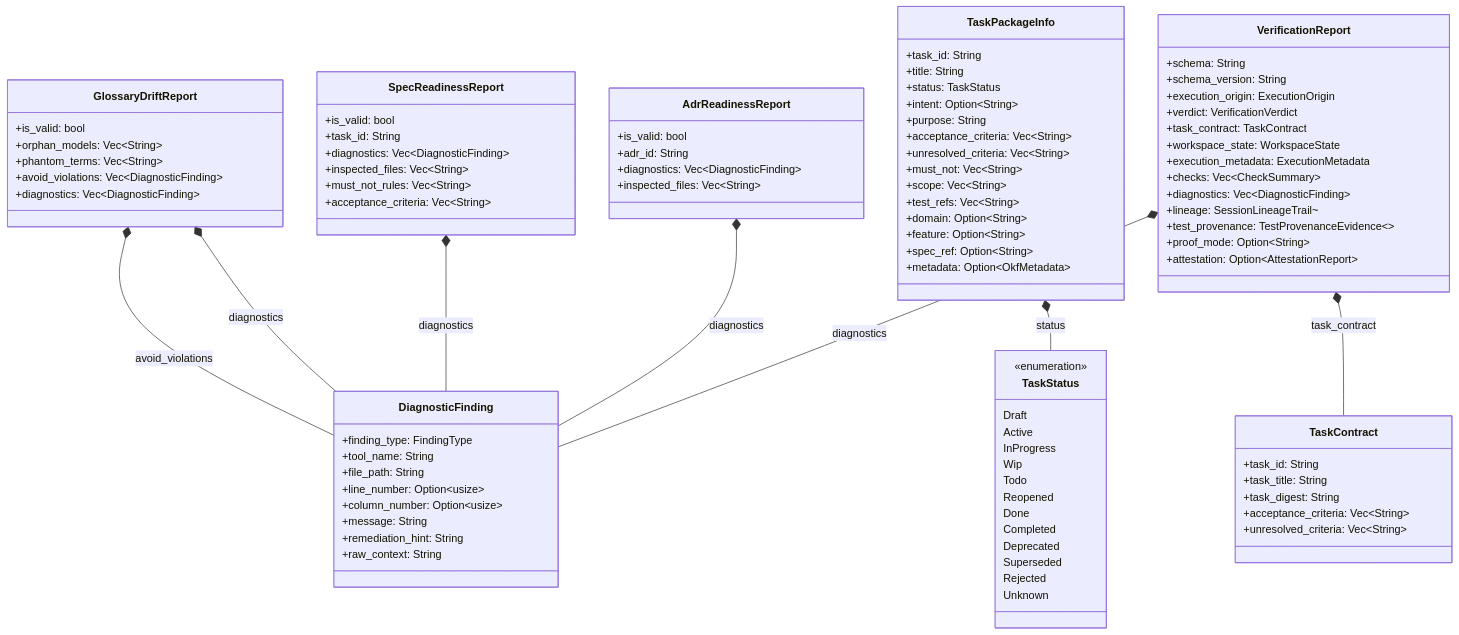
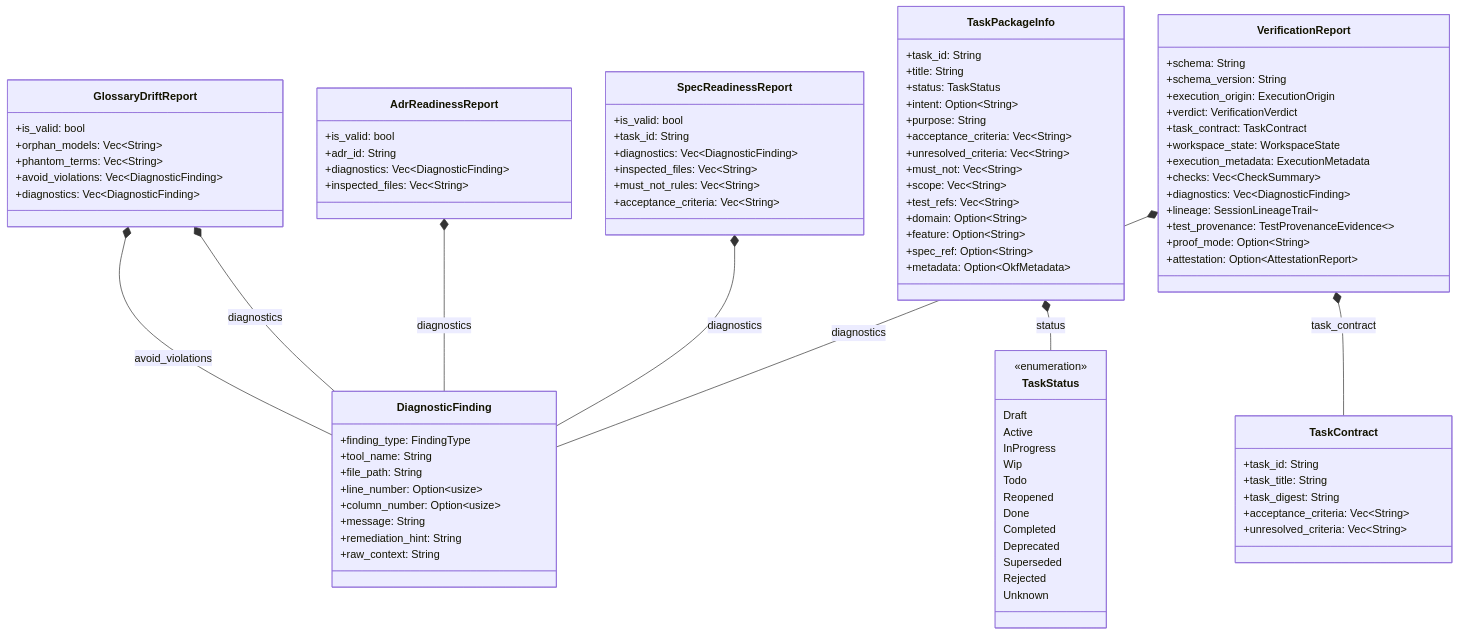
Before and after one commit to rolfmadsen/xgauntlet: the diagram in docs/architecture/tasks.md, drawn with Mermaid. The commit also changed other lines of this file and 13 other files, not shown here.

````diff
--- a/docs/architecture/tasks.md
+++ b/docs/architecture/tasks.md
@@ -106,9 +106,9 @@
 
     GlossaryDriftReport *-- DiagnosticFinding : avoid_violations
     GlossaryDriftReport *-- DiagnosticFinding : diagnostics
+    AdrReadinessReport *-- DiagnosticFinding : diagnostics
+    TaskPackageInfo *-- TaskStatus : status
     SpecReadinessReport *-- DiagnosticFinding : diagnostics
-    TaskPackageInfo *-- TaskStatus : status
-    AdrReadinessReport *-- DiagnosticFinding : diagnostics
     VerificationReport *-- TaskContract : task_contract
     VerificationReport *-- DiagnosticFinding : diagnostics
 ```
````
